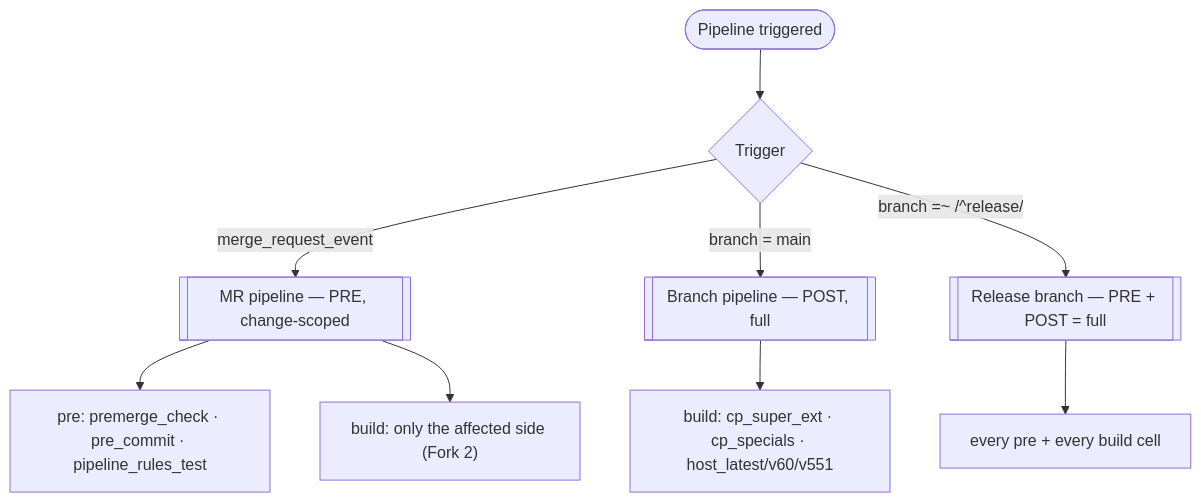
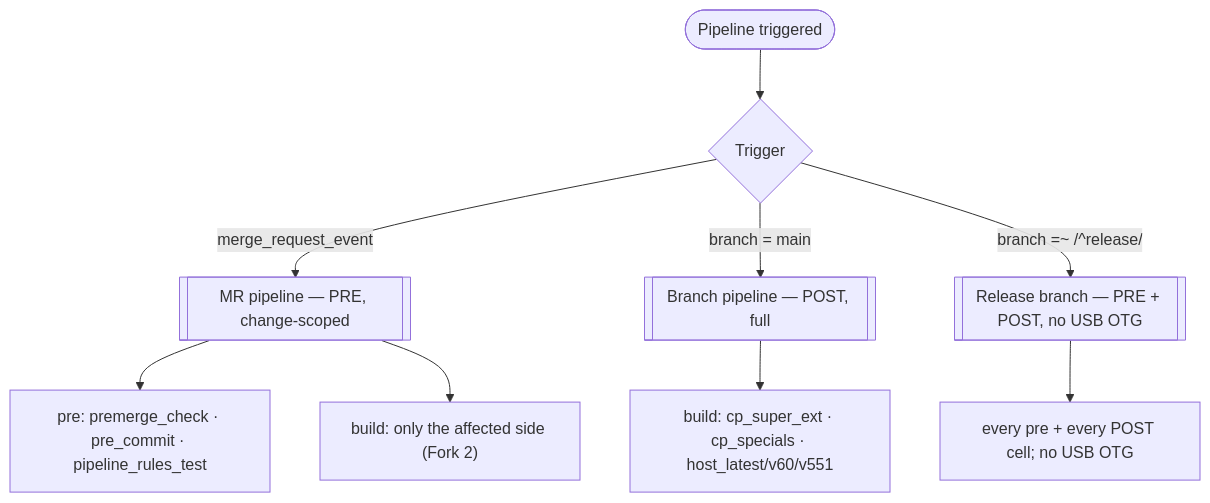
The second of 3 diagrams in docs/design/pipeline_design.md (espressif/esp-hosted-mcu), drawn with Mermaid before and after one commit. The commit also changed other lines of this file and 5 other files, not shown here.

First line of the commit message:
ci(usb_otg) Build CDC-ACM iperf for the ESP32-S31 co-processor and ESP32-P4 host

````diff
--- a/docs/design/pipeline_design.md
+++ b/docs/design/pipeline_design.md
@@ -40,15 +40,15 @@
 ```mermaid
 flowchart TD
     T([Pipeline triggered]) --> Q{Trigger}
 
     Q -->|merge_request_event| MR[["MR pipeline — PRE, change-scoped"]]
     Q -->|"branch = main"| BR[["Branch pipeline — POST, full"]]
-    Q -->|"branch =~ /^release/"| RE[["Release branch — PRE + POST = full"]]
+    Q -->|"branch =~ /^release/"| RE[["Release branch — PRE + POST, no USB OTG"]]
 
     MR --> MRp["pre: premerge_check · pre_commit · pipeline_rules_test"]
     MR --> MRb["build: only the affected side (Fork 2)"]
 
     BR --> BRb["build: cp_super_ext · cp_specials · host_latest/v60/v551"]
 
-    RE --> REa["every pre + every build cell"]
+    RE --> REa["every pre + every POST cell; no USB OTG"]
 ```
````
